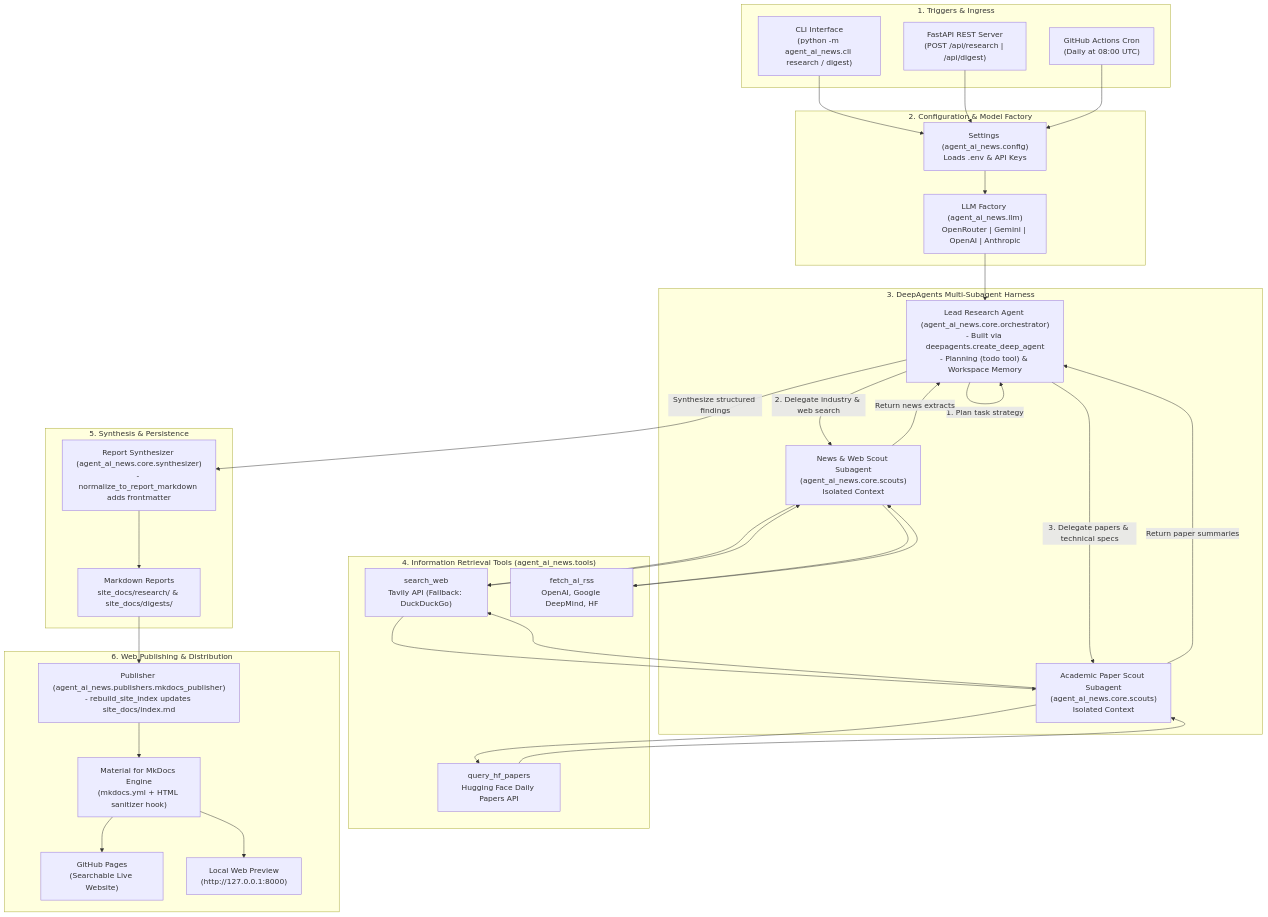
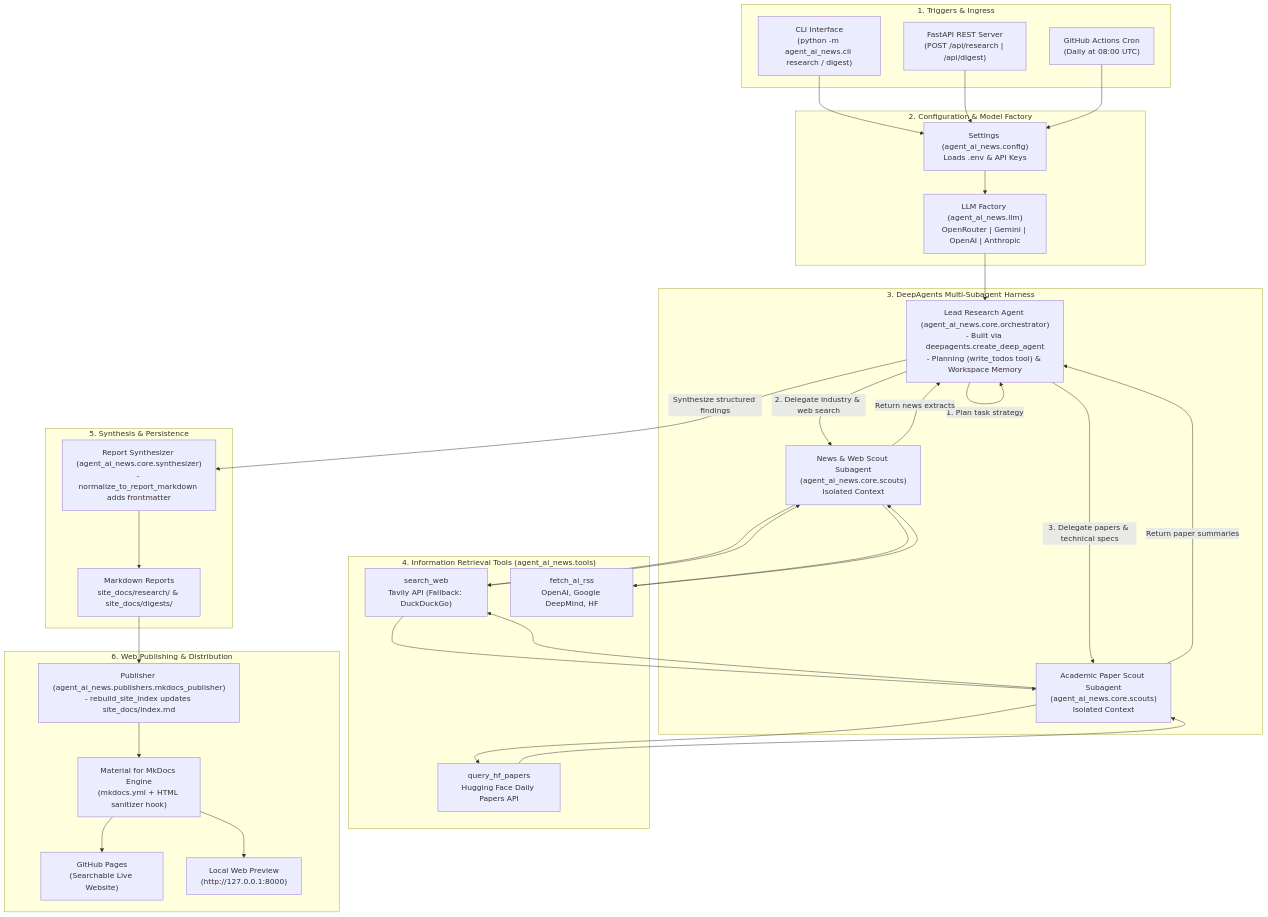
The diagram in README.md (mfrazi/agent-ai-news), drawn with Mermaid before and after one commit. The commit also changed other lines of this file and 21 other files, not shown here.

````diff
--- a/README.md
+++ b/README.md
@@ -22,77 +22,77 @@
 ```mermaid
 flowchart TD
     %% INGRESS & TRIGGERS
     subgraph S1["1. Triggers & Ingress"]
         T_CLI["CLI Interface\n(python -m agent_ai_news.cli research / digest)"]
         T_API["FastAPI REST Server\n(POST /api/research | /api/digest)"]
         T_CRON["GitHub Actions Cron\n(Daily at 08:00 UTC)"]
     end
 
     %% CONFIGURATION & MODEL RESOLUTION
     subgraph S2["2. Configuration & Model Factory"]
         CONFIG["Settings (agent_ai_news.config)\nLoads .env & API Keys"]
         LLM["LLM Factory (agent_ai_news.llm)\nOpenRouter | Gemini | OpenAI | Anthropic"]
     end
 
     %% ORCHESTRATION & SCOUTS
     subgraph S3["3. DeepAgents Multi-Subagent Harness"]
-        ORCH["Lead Research Agent (agent_ai_news.core.orchestrator)\n- Built via deepagents.create_deep_agent\n- Planning (todo tool) & Workspace Memory"]
+        ORCH["Lead Research Agent (agent_ai_news.core.orchestrator)\n- Built via deepagents.create_deep_agent\n- Planning (write_todos tool) & Workspace Memory"]
         
         SCOUT_NEWS["News & Web Scout Subagent\n(agent_ai_news.core.scouts)\nIsolated Context"]
         SCOUT_PAPER["Academic Paper Scout Subagent\n(agent_ai_news.core.scouts)\nIsolated Context"]
     end
 
     %% SOURCE TOOLS & CONNECTORS
     subgraph S4["4. Information Retrieval Tools (agent_ai_news.tools)"]
         TOOL_TAVILY["search_web\nTavily API (Fallback: DuckDuckGo)"]
         TOOL_RSS["fetch_ai_rss\nOpenAI, Google DeepMind, HF"]
         TOOL_HF["query_hf_papers\nHugging Face Daily Papers API"]
     end
 
     %% SYNTHESIS & STORAGE
     subgraph S5["5. Synthesis & Persistence"]
         SYNTH["Report Synthesizer (agent_ai_news.core.synthesizer)\n- normalize_to_report_markdown adds frontmatter"]
         REPORTS["Markdown Reports\nsite_docs/research/ & site_docs/digests/"]
     end
 
     %% WEB PUBLISHING & DEPLOYMENT
     subgraph S6["6. Web Publishing & Distribution"]
         PUB["Publisher (agent_ai_news.publishers.mkdocs_publisher)\n- rebuild_site_index updates site_docs/index.md"]
         MKDOCS["Material for MkDocs Engine\n(mkdocs.yml + HTML sanitizer hook)"]
         GH_PAGES["GitHub Pages\n(Searchable Live Website)"]
         LOCAL_SERVE["Local Web Preview\n(http://127.0.0.1:8000)"]
     end
 
     %% CONNECTIONS
     T_CLI --> CONFIG
     T_API --> CONFIG
     T_CRON --> CONFIG
     
     CONFIG --> LLM
     LLM --> ORCH
 
     ORCH -->|"1. Plan task strategy"| ORCH
     ORCH -->|"2. Delegate industry & web search"| SCOUT_NEWS
     ORCH -->|"3. Delegate papers & technical specs"| SCOUT_PAPER
 
     SCOUT_NEWS --> TOOL_TAVILY
     SCOUT_NEWS --> TOOL_RSS
     SCOUT_PAPER --> TOOL_TAVILY
     SCOUT_PAPER --> TOOL_HF
 
     TOOL_TAVILY --> SCOUT_NEWS
     TOOL_RSS --> SCOUT_NEWS
     TOOL_TAVILY --> SCOUT_PAPER
     TOOL_HF --> SCOUT_PAPER
 
     SCOUT_NEWS -->|"Return news extracts"| ORCH
     SCOUT_PAPER -->|"Return paper summaries"| ORCH
 
     ORCH -->|"Synthesize structured findings"| SYNTH
     SYNTH --> REPORTS
 
     REPORTS --> PUB
     PUB --> MKDOCS
     MKDOCS --> GH_PAGES
     MKDOCS --> LOCAL_SERVE
 ```
````
